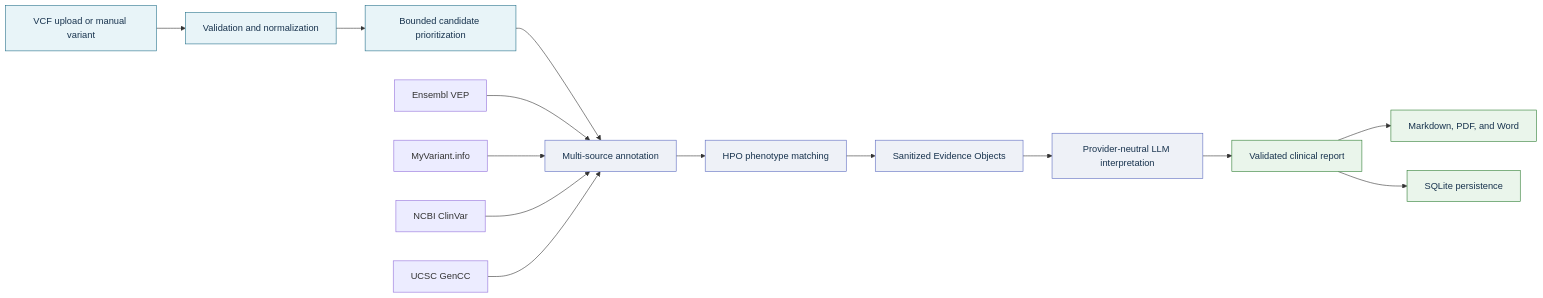
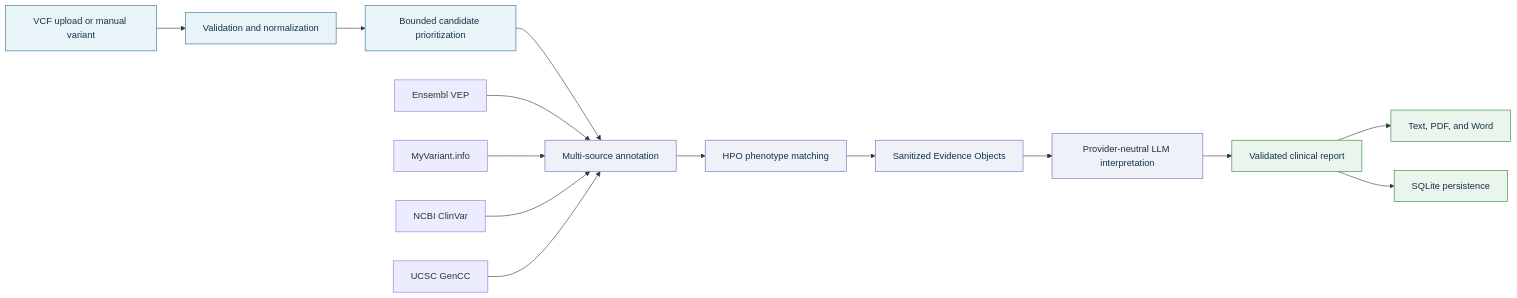
The diagram in README.md (parhamKIY/CLINCAL_VARIANT_WEB_APPLICATION), drawn with Mermaid before and after one commit. The commit also changed other lines of this file and 9 other files, not shown here.

````diff
--- a/README.md
+++ b/README.md
@@ -39,24 +39,24 @@
 ```mermaid
 flowchart LR
     A["VCF upload or manual variant"] --> B["Validation and normalization"]
     B --> C["Bounded candidate prioritization"]
     C --> D["Multi-source annotation"]
     D --> E["HPO phenotype matching"]
     E --> F["Sanitized Evidence Objects"]
     F --> G["Provider-neutral LLM interpretation"]
     G --> H["Validated clinical report"]
-    H --> I["Markdown, PDF, and Word"]
+    H --> I["Text, PDF, and Word"]
     H --> J["SQLite persistence"]
 
     D1["Ensembl VEP"] --> D
     D2["MyVariant.info"] --> D
     D3["NCBI ClinVar"] --> D
     D4["UCSC GenCC"] --> D
 
     classDef input fill:#e8f4f8,stroke:#24708a,color:#17324d
     classDef evidence fill:#eef1f7,stroke:#5c6bc0,color:#17324d
     classDef output fill:#eaf5eb,stroke:#2e7d32,color:#17324d
     class A,B,C input
     class D,E,F,G evidence
     class H,I,J output
 ```
````
